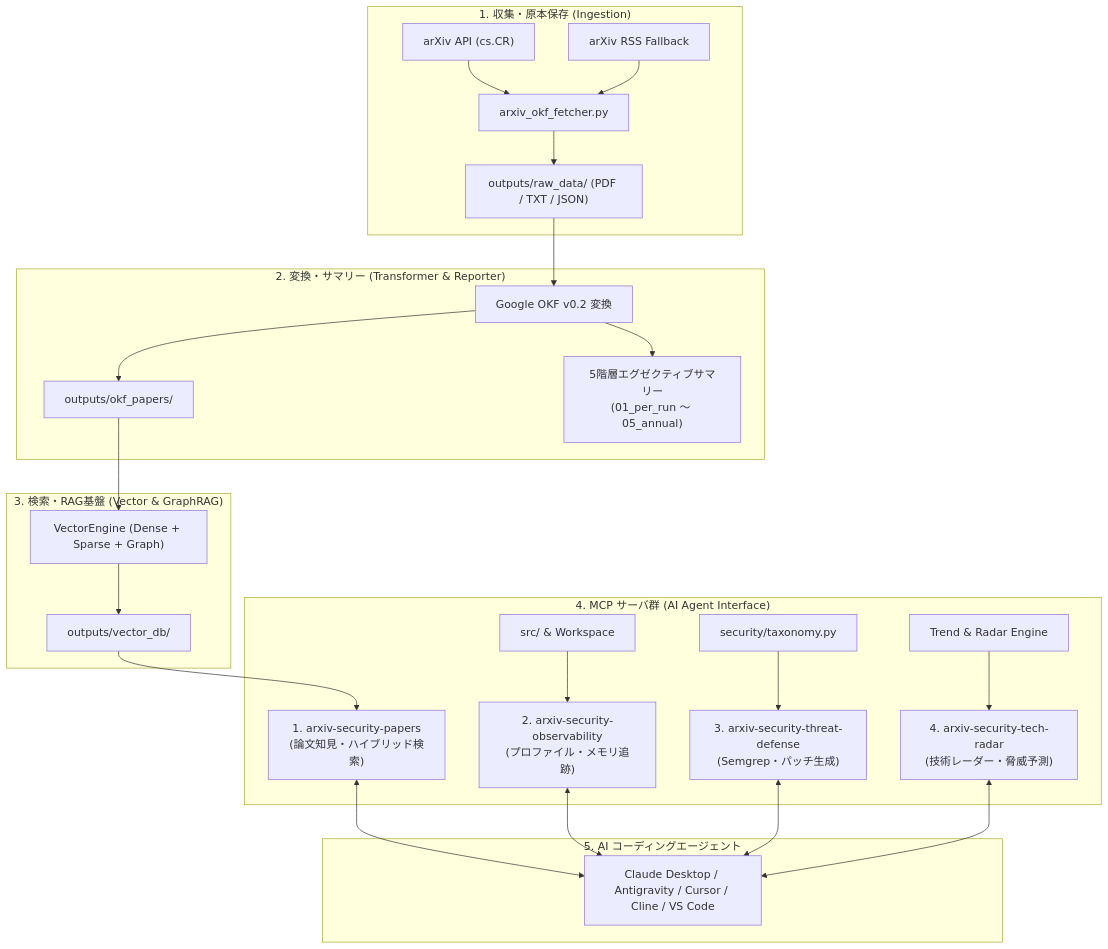
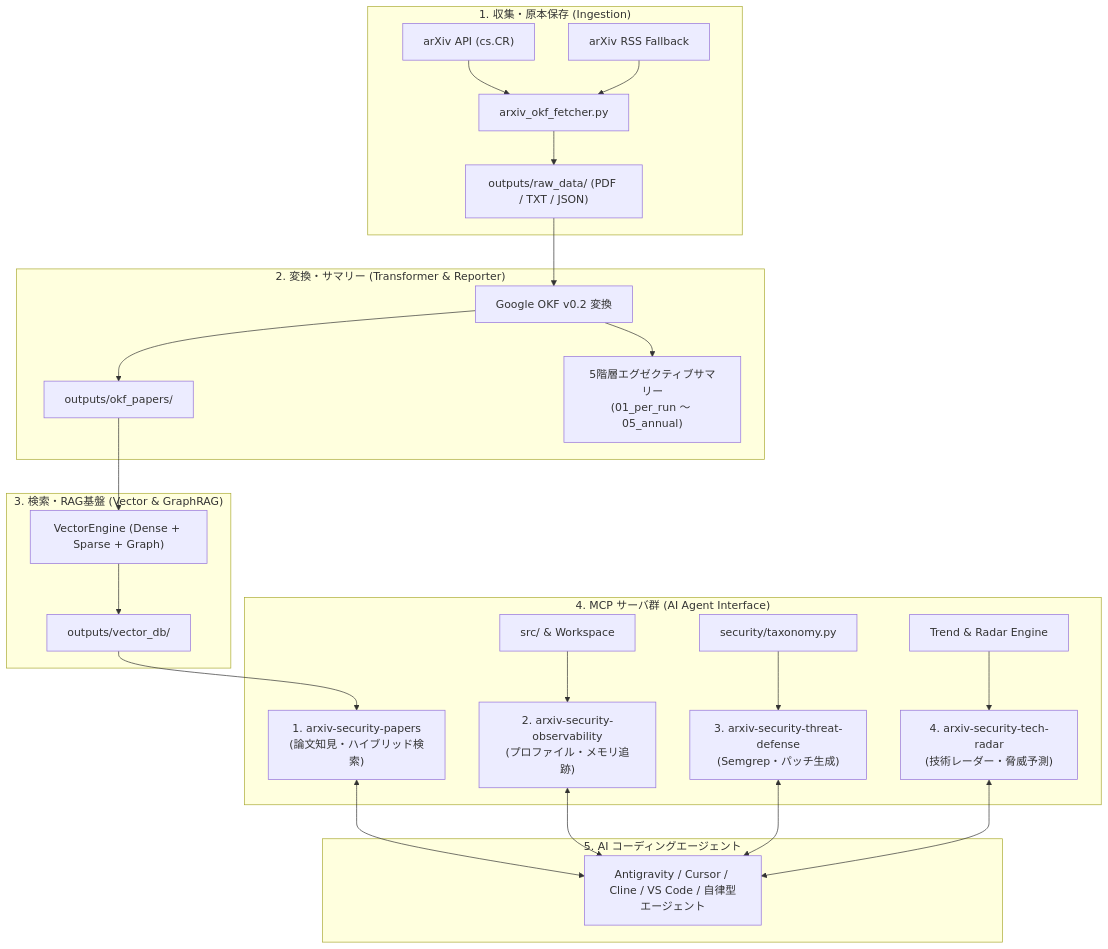
Before and after one commit to rokujyouhitoma/arxiv-security-papers: the diagram in docs/manuals/USR-01-user_manual.md, drawn with Mermaid. The commit also changed 1 other file, not shown here.

Commit message:
docs: overhaul README.md structure aligned with DSN-01..16 and 6-layer architecture

````diff
--- a/docs/manuals/USR-01-user_manual.md
+++ b/docs/manuals/USR-01-user_manual.md
@@ -9,33 +9,33 @@
 ```mermaid
 flowchart TB
     subgraph DataCollection ["1. 収集・原本保存 (Ingestion)"]
         ArxivAPI["arXiv API (cs.CR)"] --> Fetcher["arxiv_okf_fetcher.py"]
         RSSFallback["arXiv RSS Fallback"] --> Fetcher
         Fetcher --> RawStorage["outputs/raw_data/ (PDF / TXT / JSON)"]
     end
 
     subgraph Transformation ["2. 変換・サマリー (Transformer & Reporter)"]
         RawStorage --> OKFEngine["Google OKF v0.2 変換"]
         OKFEngine --> OKFPapers["outputs/okf_papers/"]
         OKFEngine --> Summary5Tier["5階層エグゼクティブサマリー\n(01_per_run 〜 05_annual)"]
     end
 
     subgraph SearchAndRAG ["3. 検索・RAG基盤 (Vector & GraphRAG)"]
         OKFPapers --> VectorEngine["VectorEngine (Dense + Sparse + Graph)"]
         VectorEngine --> VectorDB["outputs/vector_db/"]
     end
 
     subgraph MCPEcosystem ["4. MCP サーバ群 (AI Agent Interface)"]
         VectorDB --> MCP1["1. arxiv-security-papers\n(論文知見・ハイブリッド検索)"]
         CodeBase["src/ & Workspace"] --> MCP2["2. arxiv-security-observability\n(プロファイル・メモリ追跡)"]
         Taxonomy["security/taxonomy.py"] --> MCP3["3. arxiv-security-threat-defense\n(Semgrep・パッチ生成)"]
         TrendKnowledge["Trend & Radar Engine"] --> MCP4["4. arxiv-security-tech-radar\n(技術レーダー・脅威予測)"]
     end
 
     subgraph AIAgents ["5. AI コーディングエージェント"]
-        MCP1 <--> Agents["Claude Desktop / Antigravity / Cursor / Cline / VS Code"]
+        MCP1 <--> Agents["Antigravity / Cursor / Cline / VS Code / 自律型エージェント"]
         MCP2 <--> Agents
         MCP3 <--> Agents
         MCP4 <--> Agents
     end
 ```
````
